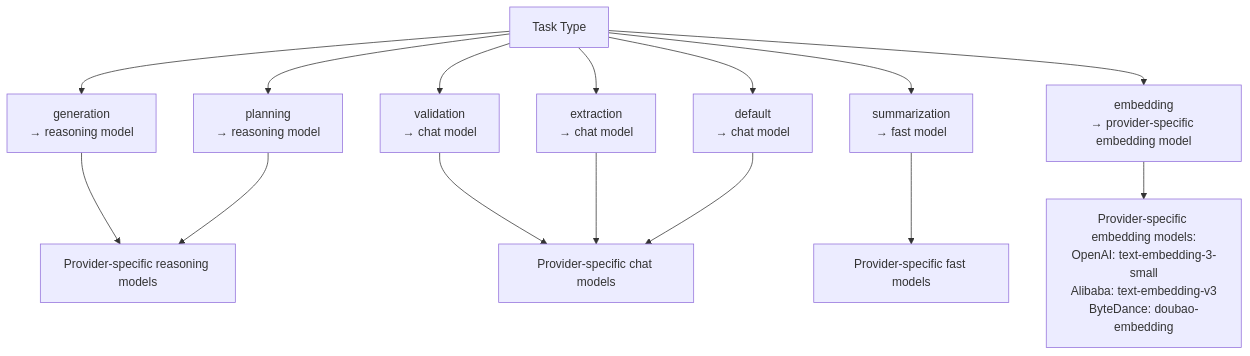
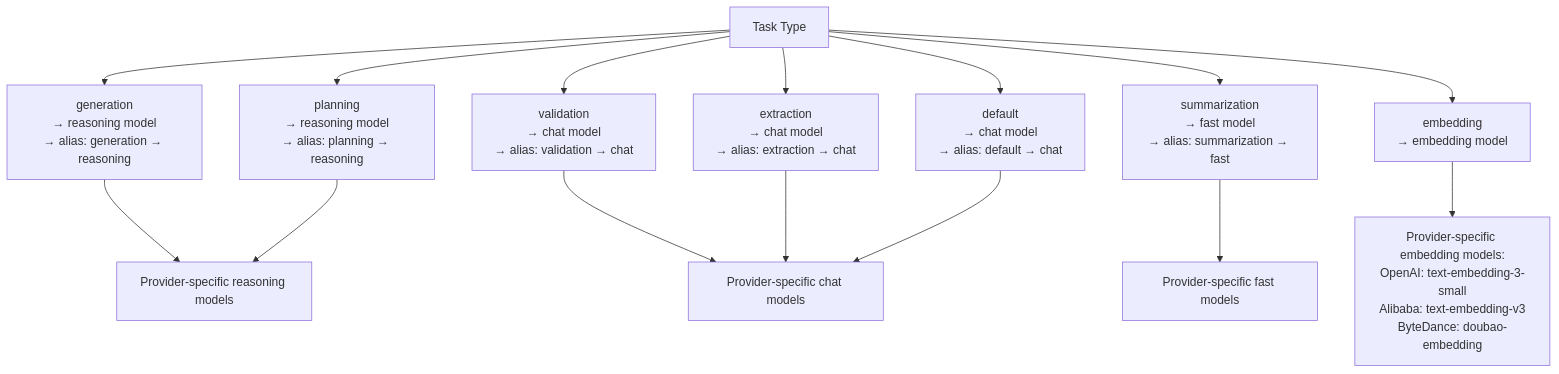
One commit to liwonder/NARRITIVE_OS changed the fourth of 8 diagrams in .qoder/repowiki/en/content/LLM Integration and Configuration.md. Above: the diagram before and after it, drawn with Mermaid. The commit also changed other lines of this file and 5 other files, not shown here.

````diff
--- a/.qoder/repowiki/en/content/LLM Integration and Configuration.md
+++ b/.qoder/repowiki/en/content/LLM Integration and Configuration.md
@@ -275,17 +298,17 @@
 ```mermaid
 flowchart TD
-Task["Task Type"] --> Gen["generation<br/>→ reasoning model"]
-Task --> Plan["planning<br/>→ reasoning model"]
-Task --> Val["validation<br/>→ chat model"]
-Task --> Sum["summarization<br/>→ fast model"]
-Task --> Ext["extraction<br/>→ chat model"]
-Task --> Emb["embedding<br/>→ provider-specific embedding model"]
-Task --> Def["default<br/>→ chat model"]
+Task["Task Type"] --> Gen["generation<br/>→ reasoning model<br/>→ alias: generation → reasoning"]
+Task --> Plan["planning<br/>→ reasoning model<br/>→ alias: planning → reasoning"]
+Task --> Val["validation<br/>→ chat model<br/>→ alias: validation → chat"]
+Task --> Sum["summarization<br/>→ fast model<br/>→ alias: summarization → fast"]
+Task --> Ext["extraction<br/>→ chat model<br/>→ alias: extraction → chat"]
+Task --> Emb["embedding<br/>→ embedding model"]
+Task --> Def["default<br/>→ chat model<br/>→ alias: default → chat"]
 Gen --> Reasoning["Provider-specific reasoning models"]
 Plan --> Reasoning
 Val --> Chat["Provider-specific chat models"]
 Ext --> Chat
 Sum --> Fast["Provider-specific fast models"]
 Def --> Chat
 Emb --> Embedding["Provider-specific embedding models:<br/>OpenAI: text-embedding-3-small<br/>Alibaba: text-embedding-v3<br/>ByteDance: doubao-embedding"]
 ```
````
